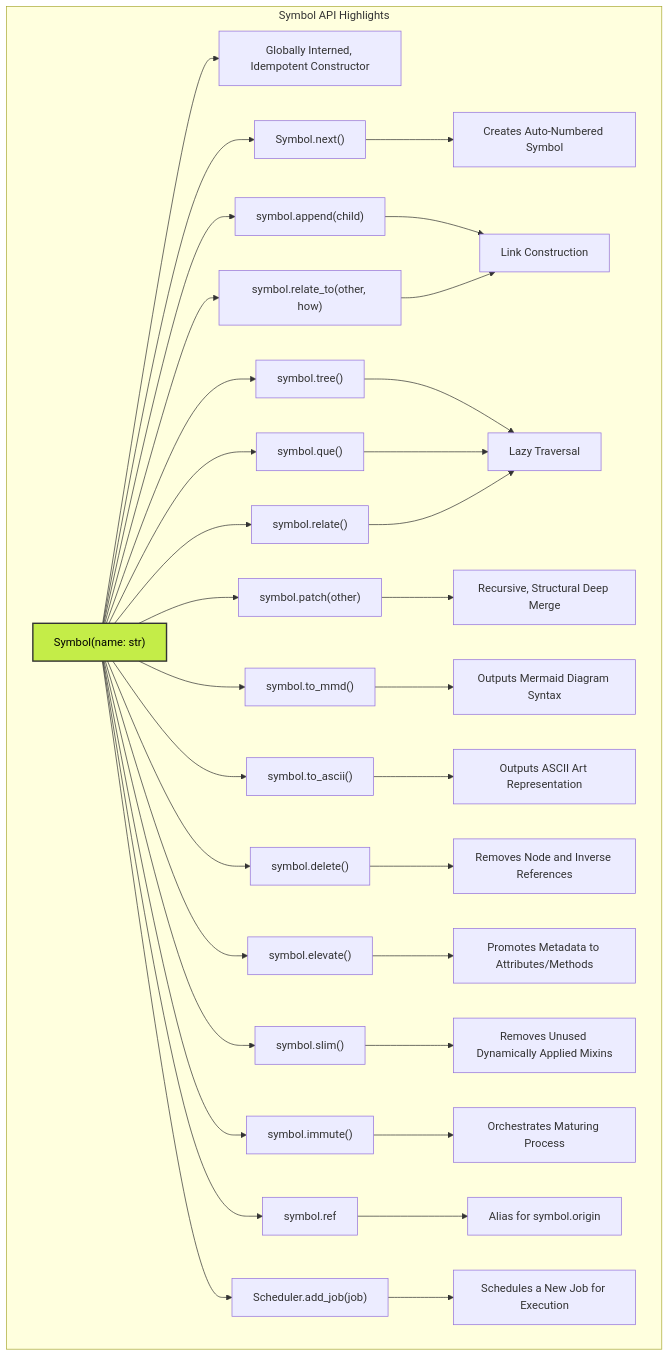
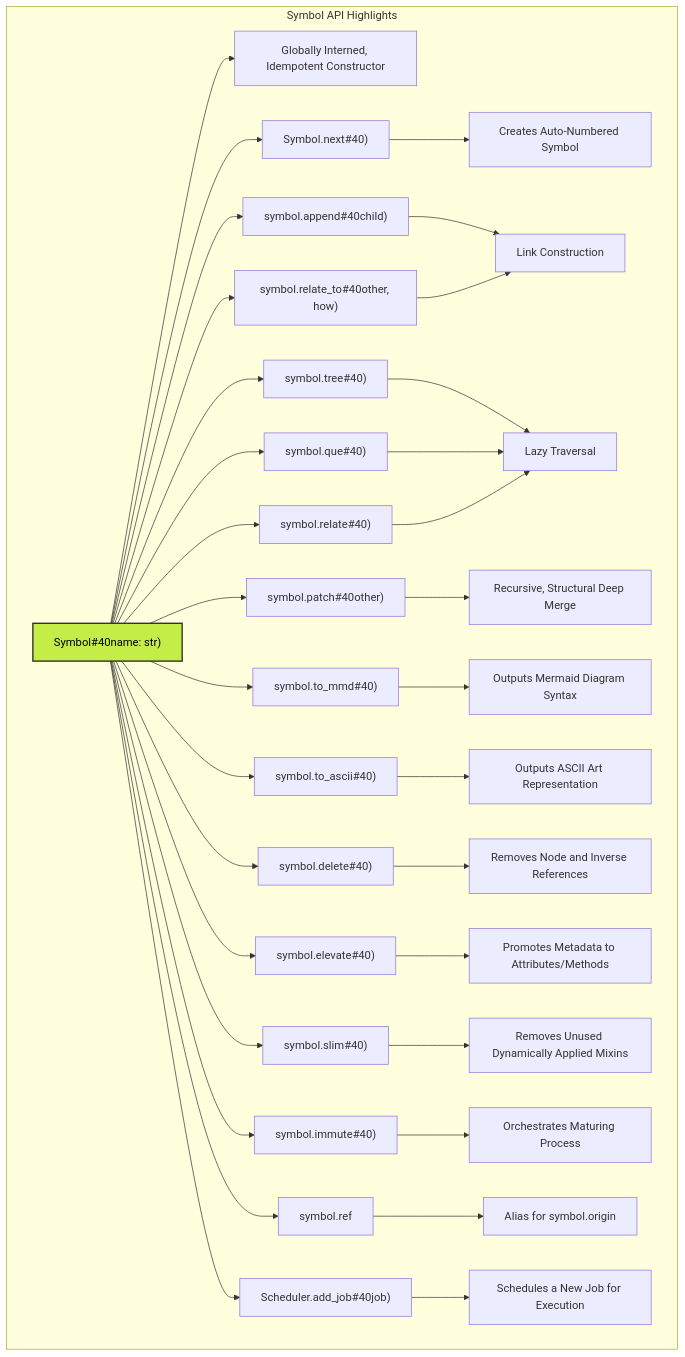
One commit to ikko/sym changed the diagram in docs/readme_details/8_api_highlights/api_overview.mmd. Above: the diagram before and after it, drawn with Mermaid. The commit also changed 38 other files, not shown here.

Commit message:
mermaids maybe fixed

```diff
--- a/docs/readme_details/8_api_highlights/api_overview.mmd
+++ b/docs/readme_details/8_api_highlights/api_overview.mmd
@@ -1,37 +1,37 @@
 
 graph
     subgraph "Symbol API Highlights"
-        A[Symbol#40;name: str#41;] --> B[Globally Interned, Idempotent Constructor];
-        A --> C[Symbol.next#40;#41;];
+        A[Symbol#40name: str#41;] --> B[Globally Interned, Idempotent Constructor];
+        A --> C[Symbol.next#40#41;];
         C --> D[Creates Auto-Numbered Symbol];
-        A --> E[symbol.append#40;child#41;];
-        A --> F[symbol.relate_to#40;other, how#41;];
+        A --> E[symbol.append#40child#41;];
+        A --> F[symbol.relate_to#40other, how#41;];
         E --> G[Link Construction];
         F --> G;
-        A --> H[symbol.tree#40;#41;];
-        A --> I[symbol.que#40;#41;];
-        A --> J[symbol.relate#40;#41;];
+        A --> H[symbol.tree#40#41;];
+        A --> I[symbol.que#40#41;];
+        A --> J[symbol.relate#40#41;];
         H --> K[Lazy Traversal];
         I --> K;
         J --> K;
-        A --> L[symbol.patch#40;other#41;];
+        A --> L[symbol.patch#40other#41;];
         L --> M[Recursive, Structural Deep Merge];
-        A --> N[symbol.to_mmd#40;#41;];
+        A --> N[symbol.to_mmd#40#41;];
         N --> O[Outputs Mermaid Diagram Syntax];
-        A --> P[symbol.to_ascii#40;#41;];
+        A --> P[symbol.to_ascii#40#41;];
         P --> Q[Outputs ASCII Art Representation];
-        A --> R[symbol.delete#40;#41;];
+        A --> R[symbol.delete#40#41;];
         R --> S[Removes Node and Inverse References];
-        A --> T[symbol.elevate#40;#41;];
+        A --> T[symbol.elevate#40#41;];
         T --> U[Promotes Metadata to Attributes/Methods];
-        A --> V[symbol.slim#40;#41;];
+        A --> V[symbol.slim#40#41;];
         V --> W[Removes Unused Dynamically Applied Mixins];
-        A --> X[symbol.immute#40;#41;];
+        A --> X[symbol.immute#40#41;];
         X --> Y[Orchestrates Maturing Process];
         A --> Z[symbol.ref];
         Z --> AA[Alias for symbol.origin];
-        A --> AB[Scheduler.add_job#40;job#41;];
+        A --> AB[Scheduler.add_job#40job#41;];
         AB --> AC[Schedules a New Job for Execution];
     end
 
     style A fill:#c4ed48,stroke:#333,stroke-width:2px,color:#000000;
```
